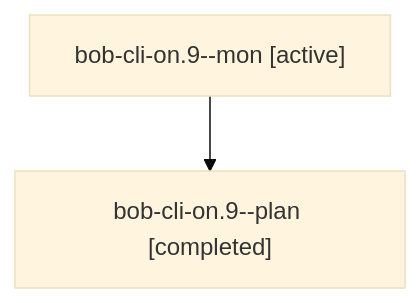
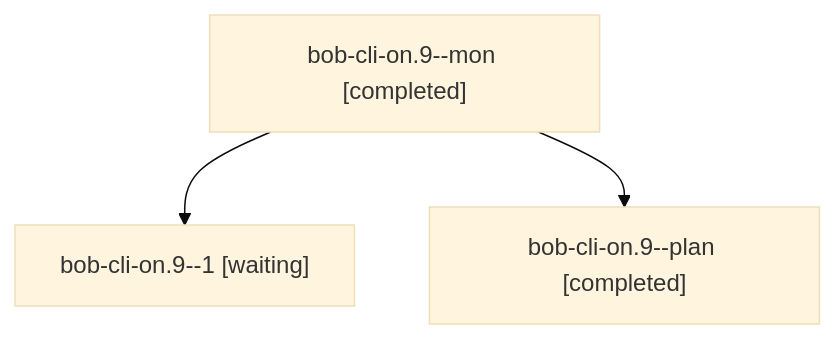
The diagram in sessions/bbugyi200.athena.bob-cli-on.9.md (bobs-org/bob-cli--agents), drawn with Mermaid (base theme) before and after one commit. The commit also changed other lines of this file and 63 other files, not shown here.

````diff
--- a/sessions/bbugyi200.athena.bob-cli-on.9.md
+++ b/sessions/bbugyi200.athena.bob-cli-on.9.md
@@ -9,6 +9,8 @@
 ```mermaid
 flowchart TD
-  n0["bob-cli-on.9--mon [active]"]
-  n1["bob-cli-on.9--plan [completed]"]
+  n0["bob-cli-on.9--mon [completed]"]
+  n1["bob-cli-on.9--1 [waiting]"]
   n0 --> n1
+  n2["bob-cli-on.9--plan [completed]"]
+  n0 --> n2
 ```
````
